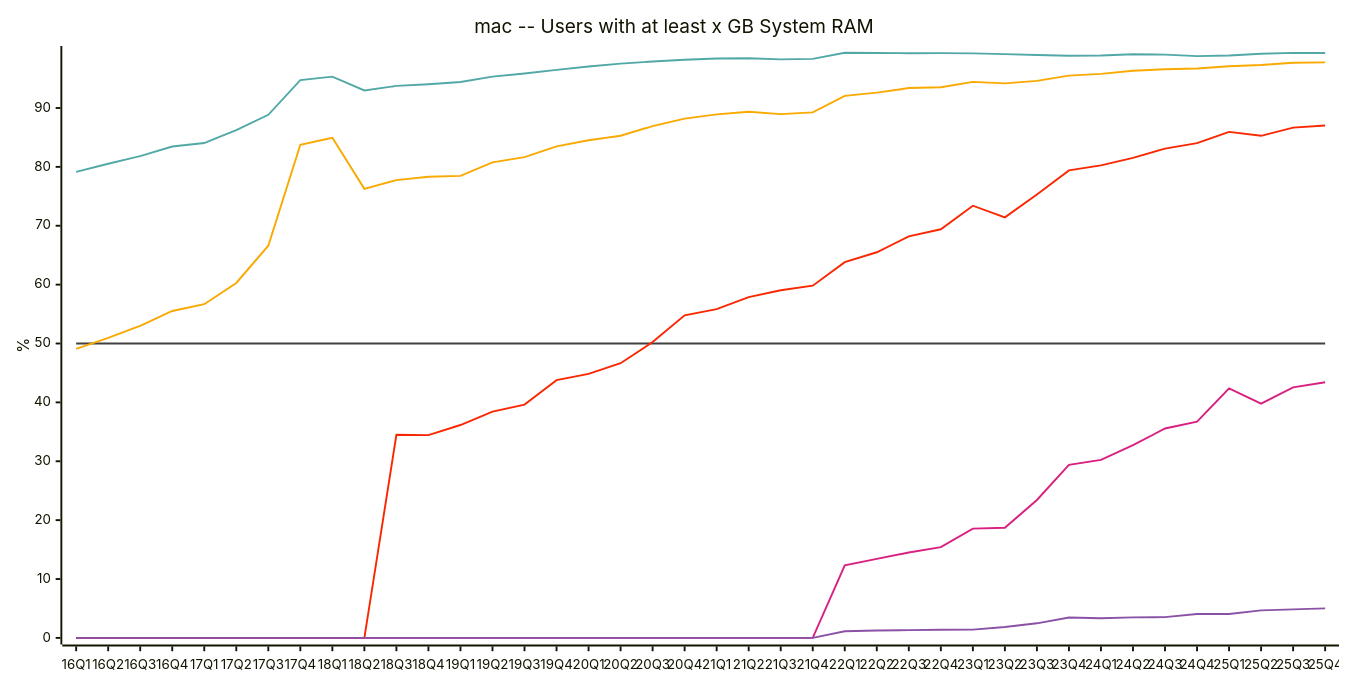
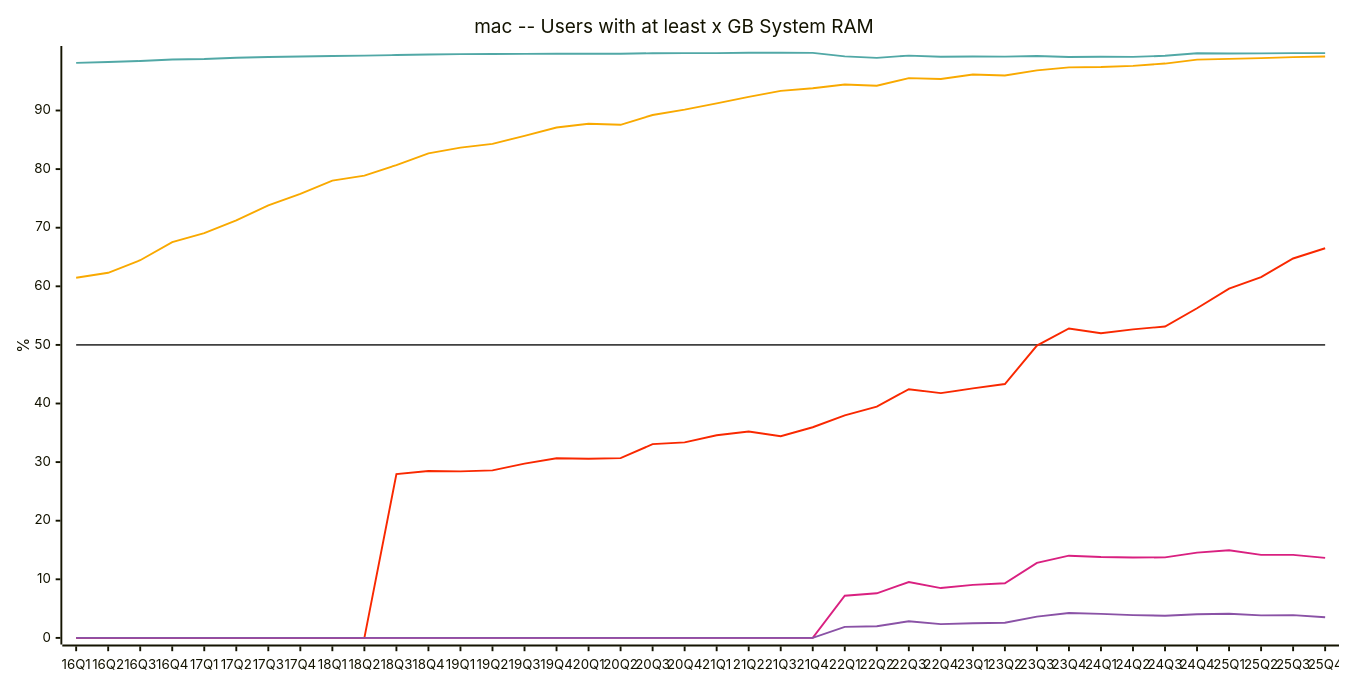
Diagram 28 of 28 in README.md (jdegene/steamHWsurvey), drawn with Mermaid before and after one commit. The commit also changed other lines of this file and 1 other file, not shown here.

````diff
--- a/README.md
+++ b/README.md
@@ -897,24 +898,24 @@
 ```mermaid
 ---
     config:
         xyChart:
             width: 1400
             height: 700
             
         themeVariables:
             xyChart:
                 plotColorPalette: "#404040,#51a8a6,#f9a900,#f92800,#d92080,#8a52a6"
 
 --- 
     
     xychart-beta
         title "mac -- Users with at least x GB System RAM"
         x-axis [16Q1, 16Q2, 16Q3, 16Q4, 17Q1, 17Q2, 17Q3, 17Q4, 18Q1, 18Q2, 18Q3, 18Q4, 19Q1, 19Q2, 19Q3, 19Q4, 20Q1, 20Q2, 20Q3, 20Q4, 21Q1, 21Q2, 21Q3, 21Q4, 22Q1, 22Q2, 22Q3, 22Q4, 23Q1, 23Q2, 23Q3, 23Q4, 24Q1, 24Q2, 24Q3, 24Q4, 25Q1, 25Q2, 25Q3, 25Q4]
     y-axis "%" 
  line [50, 50, 50, 50, 50, 50, 50, 50, 50, 50, 50, 50, 50, 50, 50, 50, 50, 50, 50, 50, 50, 50, 50, 50, 50, 50, 50, 50, 50, 50, 50, 50, 50, 50, 50, 50, 50, 50, 50, 50]
-    line [79.15666666666667, 80.52666666666667, 81.83333333333334, 83.46333333333334, 84.05, 86.25666666666666, 88.83666666666667, 94.74000000000001, 95.32333333333332, 92.97333333333334, 93.75, 94.03, 94.40666666666667, 95.33, 95.85333333333334, 96.47333333333333, 97.03666666666666, 97.53666666666666, 97.89666666666666, 98.18333333333334, 98.41000000000001, 98.45, 98.25, 98.33666666666666, 99.39, 99.33333333333333, 99.30666666666667, 99.32333333333332, 99.27, 99.14, 99.00333333333333, 98.87666666666668, 98.90333333333334, 99.13333333333333, 99.06333333333333, 98.81, 98.91, 99.20666666666666, 99.35333333333332, 99.33]
-    line [49.10333333333334, 50.95, 52.99, 55.52666666666667, 56.67666666666666, 60.29, 66.60333333333334, 83.76333333333334, 84.94999999999999, 76.26666666666667, 77.75666666666666, 78.32000000000001, 78.47, 80.76, 81.64333333333333, 83.49333333333333, 84.51333333333334, 85.29333333333332, 86.91, 88.2, 88.92000000000002, 89.35333333333334, 88.96333333333332, 89.25333333333333, 92.06666666666666, 92.61333333333333, 93.38333333333333, 93.51666666666667, 94.42666666666666, 94.17333333333335, 94.60666666666665, 95.49, 95.80000000000001, 96.33333333333333, 96.57666666666667, 96.70333333333333, 97.10000000000001, 97.31333333333333, 97.68333333333334, 97.74999999999999]
-    line [0, 0, 0, 0, 0, 0, 0, 0, 0, 0, 34.5, 34.43333333333333, 36.156666666666666, 38.43666666666667, 39.620000000000005, 43.78, 44.85333333333333, 46.65333333333333, 50.243333333333325, 54.78333333333333, 55.85, 57.89, 59.053333333333335, 59.82333333333333, 63.81666666666666, 65.49333333333334, 68.19999999999999, 69.39666666666668, 73.4, 71.42333333333333, 75.32, 79.39666666666666, 80.24999999999999, 81.53, 83.1, 84.03666666666668, 85.94, 85.27666666666667, 86.66, 87.02499999999999]
-    line [0, 0, 0, 0, 0, 0, 0, 0, 0, 0, 0, 0, 0, 0, 0, 0, 0, 0, 0, 0, 0, 0, 0, 0, 12.336666666666666, 13.426666666666668, 14.510000000000002, 15.413333333333332, 18.556666666666665, 18.700000000000003, 23.426666666666666, 29.386666666666667, 30.22333333333333, 32.72666666666667, 35.56999999999999, 36.73333333333333, 42.373333333333335, 39.796666666666674, 42.55, 43.42]
-    line [0, 0, 0, 0, 0, 0, 0, 0, 0, 0, 0, 0, 0, 0, 0, 0, 0, 0, 0, 0, 0, 0, 0, 0, 1.1266666666666667, 1.2533333333333334, 1.3166666666666667, 1.3866666666666667, 1.4066666666666667, 1.8399999999999999, 2.476666666666667, 3.47, 3.3299999999999996, 3.4799999999999995, 3.53, 4.046666666666667, 4.056666666666667, 4.673333333333333, 4.85, 5.01]
+    line [98.13333333333333, 98.28, 98.44999999999999, 98.70666666666668, 98.79, 99.00666666666667, 99.11999999999999, 99.20666666666666, 99.29, 99.365, 99.46666666666667, 99.57, 99.62, 99.64999999999999, 99.66000000000001, 99.69666666666667, 99.67999999999999, 99.67999999999999, 99.78, 99.79, 99.79, 99.85, 99.86500000000001, 99.83999999999999, 99.24, 98.99, 99.37000000000002, 99.175, 99.225, 99.19333333333333, 99.3, 99.14, 99.16333333333333, 99.14999999999999, 99.33333333333333, 99.77000000000001, 99.72333333333333, 99.74666666666666, 99.79, 99.795]
+    line [61.46333333333334, 62.30666666666666, 64.445, 67.54, 69.07000000000001, 71.27, 73.81333333333333, 75.78333333333335, 78.03333333333332, 78.895, 80.68666666666667, 82.69333333333333, 83.67, 84.3, 85.68, 87.1, 87.74, 87.55999999999999, 89.235, 90.16, 91.22333333333333, 92.33333333333333, 93.36, 93.78999999999999, 94.435, 94.22, 95.53000000000002, 95.375, 96.13499999999999, 95.98333333333335, 96.85, 97.355, 97.41666666666667, 97.62333333333333, 98.01, 98.67666666666666, 98.80333333333333, 98.93666666666667, 99.10333333333332, 99.22]
+    line [0, 0, 0, 0, 0, 0, 0, 0, 0, 0, 27.949999999999996, 28.486666666666665, 28.42, 28.58, 29.746666666666666, 30.65666666666667, 30.56, 30.679999999999996, 33.065, 33.375, 34.580000000000005, 35.22666666666667, 34.410000000000004, 35.949999999999996, 37.985, 39.47, 42.44, 41.76500000000001, 42.574999999999996, 43.33, 49.88, 52.800000000000004, 52.0, 52.64333333333333, 53.14, 56.25666666666667, 59.60666666666666, 61.57333333333334, 64.74666666666667, 66.49000000000001]
+    line [0, 0, 0, 0, 0, 0, 0, 0, 0, 0, 0, 0, 0, 0, 0, 0, 0, 0, 0, 0, 0, 0, 0, 0, 7.19, 7.61, 9.540000000000001, 8.504999999999999, 9.049999999999999, 9.326666666666666, 12.810000000000002, 14.029999999999998, 13.793333333333333, 13.720000000000002, 13.74, 14.549999999999999, 14.96, 14.163333333333334, 14.17, 13.66]
+    line [0, 0, 0, 0, 0, 0, 0, 0, 0, 0, 0, 0, 0, 0, 0, 0, 0, 0, 0, 0, 0, 0, 0, 0, 1.8849999999999998, 1.9999999999999998, 2.83, 2.35, 2.4899999999999998, 2.58, 3.630000000000001, 4.25, 4.093333333333333, 3.8933333333333335, 3.7800000000000002, 4.036666666666666, 4.123333333333334, 3.846666666666667, 3.88, 3.535]
 ``` 
````
